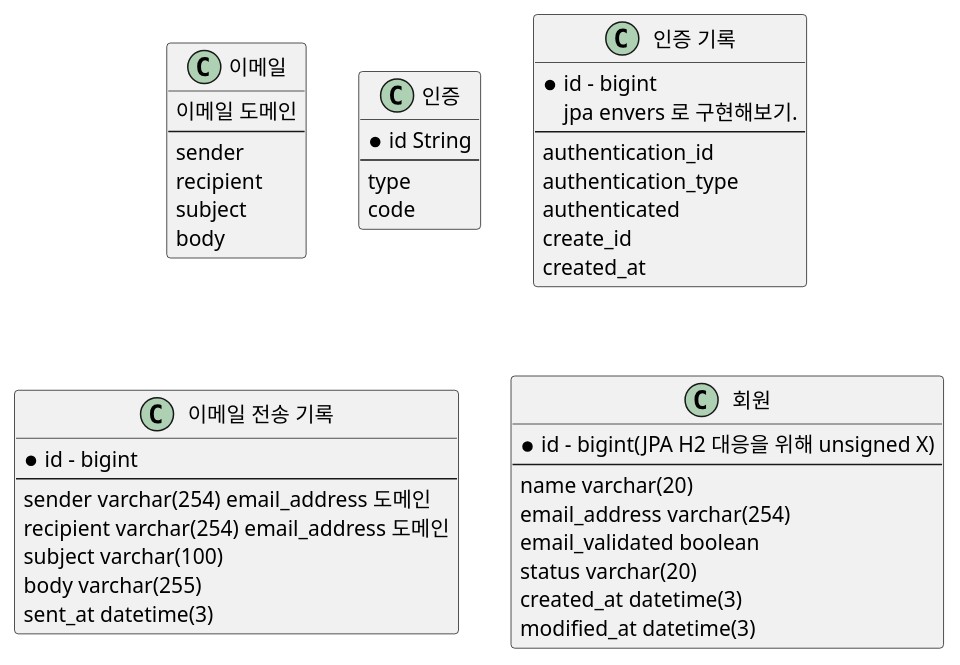
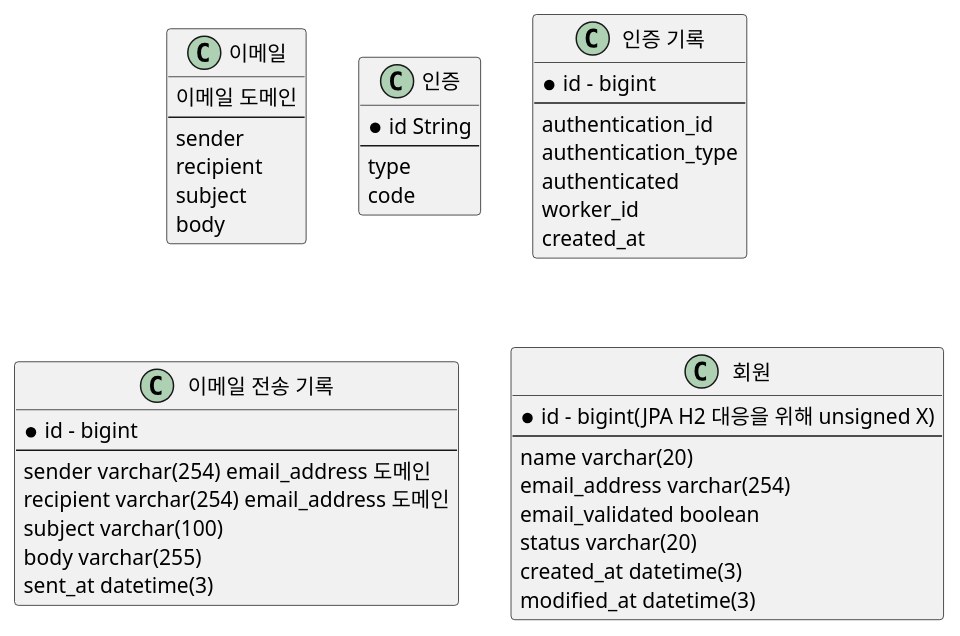
One commit to dykim-base-project/boot2-hexagonal changed the diagram in .uml/Domain.puml. Above: the diagram before and after it, drawn with PlantUML. The commit also changed 39 other files, not shown here.

```diff
--- a/.uml/Domain.puml
+++ b/.uml/Domain.puml
@@ -1,76 +1,75 @@
 @startuml
 
 class "이메일" as email {
     이메일 도메인
     ---
     sender
     recipient
     subject
     body
 }
 
 class "인증" as authentication {
   * id String
   ---
   type
   code
 }
 
 class "인증 기록" as authentication_history {
   * id - bigint
-  jpa envers 로 구현해보기.
   ---
   authentication_id
   authentication_type
   authenticated
-  create_id
+  worker_id
   created_at
 }
 
 class "이메일 전송 기록" as email_send_history {
     * id - bigint
     ---
     sender varchar(254) email_address 도메인
     recipient varchar(254) email_address 도메인
     subject varchar(100)
     body varchar(255)
     sent_at datetime(3)
 }
 
 class "회원" as member {
     * id - bigint(JPA H2 대응을 위해 unsigned X)
     ---
     name varchar(20)
     email_address varchar(254)
     email_validated boolean
     status varchar(20)
     created_at datetime(3)
     modified_at datetime(3)
 }
 
 
 'class "권한" {
 '    id
 '    ---
 '    권한 => 이메일_인증, 이메일_미인증, SNS_인증?
 '    스프링 시큐리티로 구현하셨음. 따라가보자.(도메인이 아닌거 같은데 그러면)
 '}
 
 ' TODO: 추후 작업 예정(프론트 없이 가능? 안되면 프론트 이후 작업)
 'class "SNS 인증" {
 '    id
 '    ___
 '    회원 id
 '    SNS 인증 종류
 '    리프레시 토큰 => 리프레시 토큰 만료 시 어떻게? 찾아보자.
 '}
 
 ' TODO: 추후 작업 예정
 'class "회원-권한" {
 '    회원 id
 '    권한 id
 '    ---
 '    굳이 관계 테이블까지?
 '}
 
 @enduml
```
